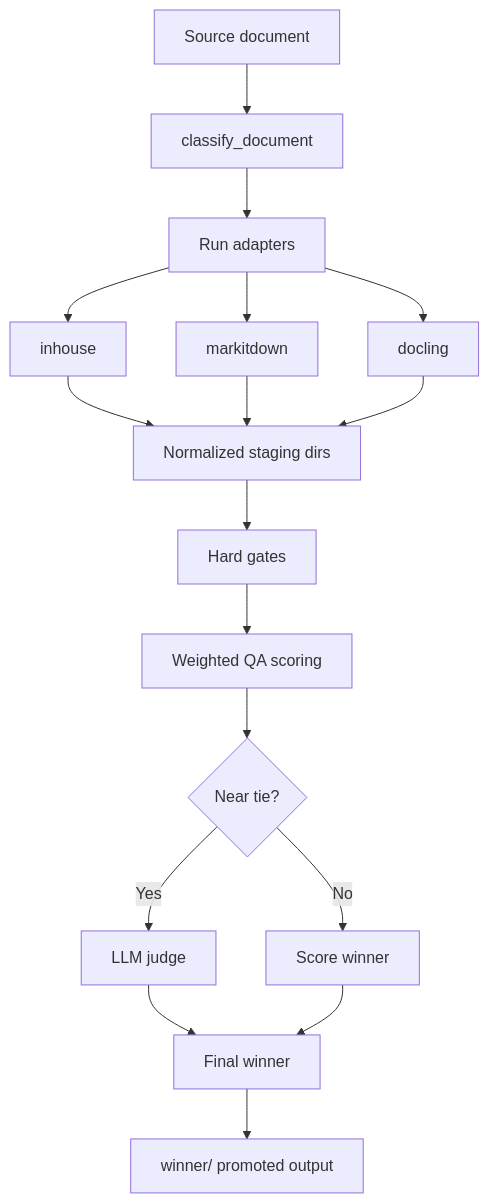
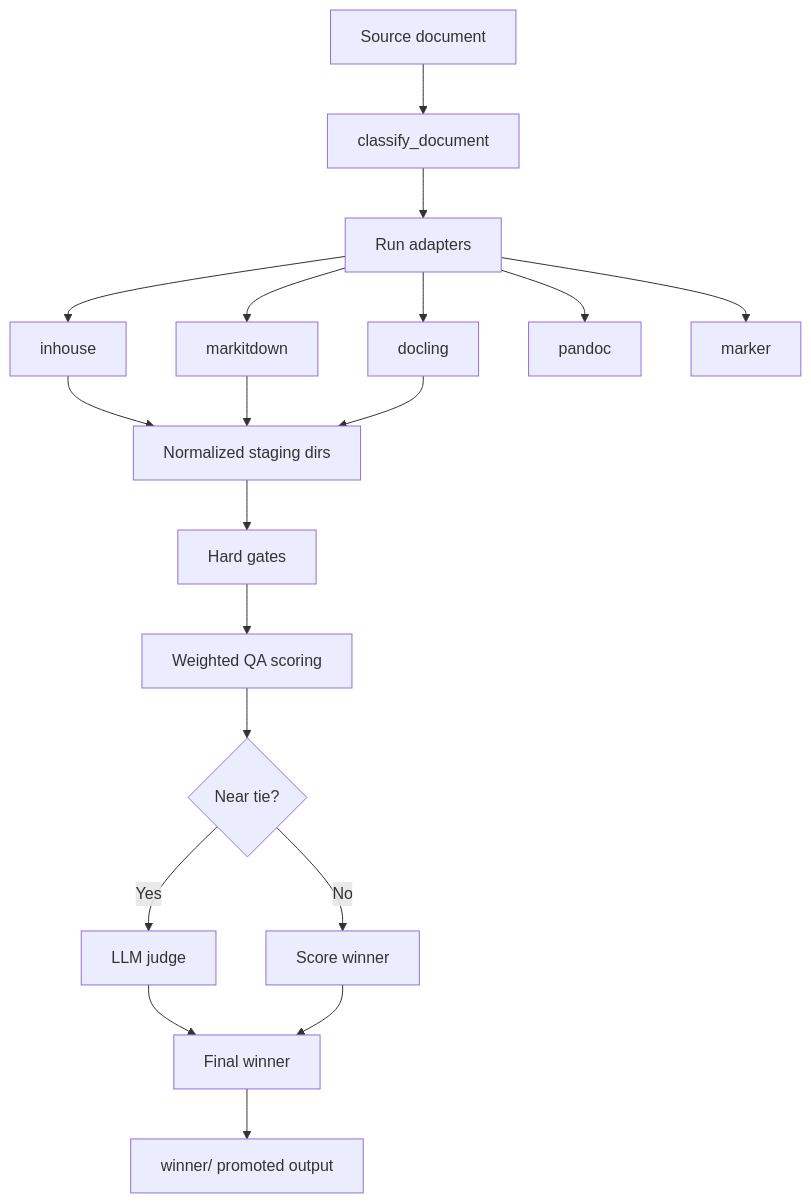
One commit to Agent-Cognitive-Enterprise/any-doc-to-md changed the diagram in README.md. Above: the diagram before and after it, drawn with Mermaid. The commit also changed other lines of this file and 9 other files, not shown here.

Commit message:
- Add opt-in pandoc and marker tournament adapters.   - Extend judge verdicts with structured violations and confidence metadata.   - Add remediation-plan generation for coding-agent follow-up.   - Update package docs and tests for the new ADTM behavior.

````diff
--- a/README.md
+++ b/README.md
@@ -18,19 +21,21 @@
 ```mermaid
 flowchart TD
     A[Source document] --> B[classify_document]
     B --> C[Run adapters]
     C --> C1[inhouse]
     C --> C2[markitdown]
     C --> C3[docling]
+    C --> C4[pandoc]
+    C --> C5[marker]
     C1 --> D[Normalized staging dirs]
     C2 --> D
     C3 --> D
     D --> E[Hard gates]
     E --> F[Weighted QA scoring]
     F --> G{Near tie?}
     G -- No --> H[Score winner]
     G -- Yes --> I[LLM judge]
     I --> J[Final winner]
     H --> J
     J --> K[winner/ promoted output]
 ```
````
